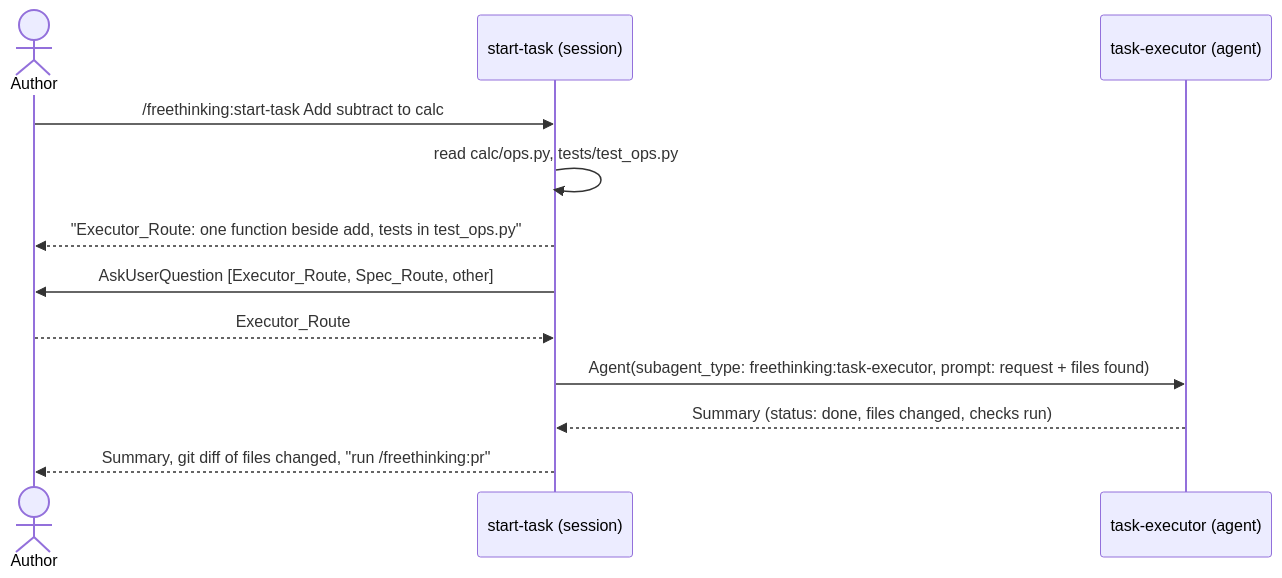
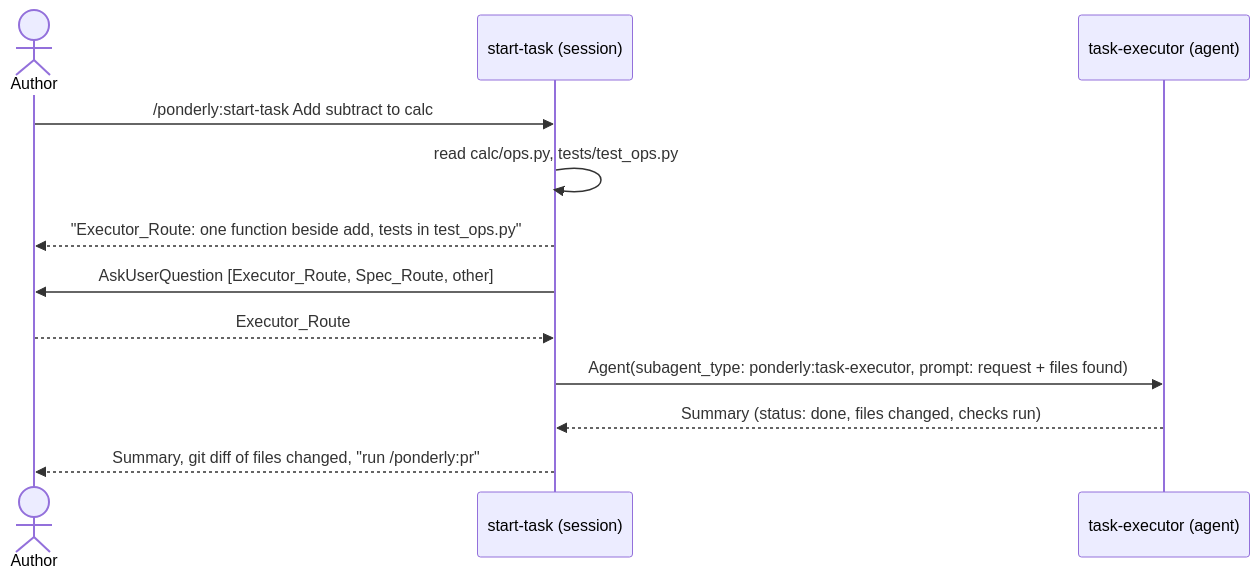
One commit to freethinkingit/dev_tools changed the second of 2 diagrams in .ponderly/specs/standalone-task-routing/design.md. Above: the diagram before and after it, drawn with Mermaid. The commit also changed other lines of this file and 182 other files, not shown here.

````diff
--- a/.ponderly/specs/standalone-task-routing/design.md
+++ b/.ponderly/specs/standalone-task-routing/design.md
@@ -31,14 +31,14 @@
 ```mermaid
 sequenceDiagram
     actor A as Author
     participant S as start-task (session)
     participant X as task-executor (agent)
-    A->>S: /freethinking:start-task Add subtract to calc
+    A->>S: /ponderly:start-task Add subtract to calc
     S->>S: read calc/ops.py, tests/test_ops.py
     S-->>A: "Executor_Route: one function beside add, tests in test_ops.py"
     S->>A: AskUserQuestion [Executor_Route, Spec_Route, other]
     A-->>S: Executor_Route
-    S->>X: Agent(subagent_type: freethinking:task-executor, prompt: request + files found)
+    S->>X: Agent(subagent_type: ponderly:task-executor, prompt: request + files found)
     X-->>S: Summary (status: done, files changed, checks run)
-    S-->>A: Summary, git diff of files changed, "run /freethinking:pr"
+    S-->>A: Summary, git diff of files changed, "run /ponderly:pr"
 ```
````
